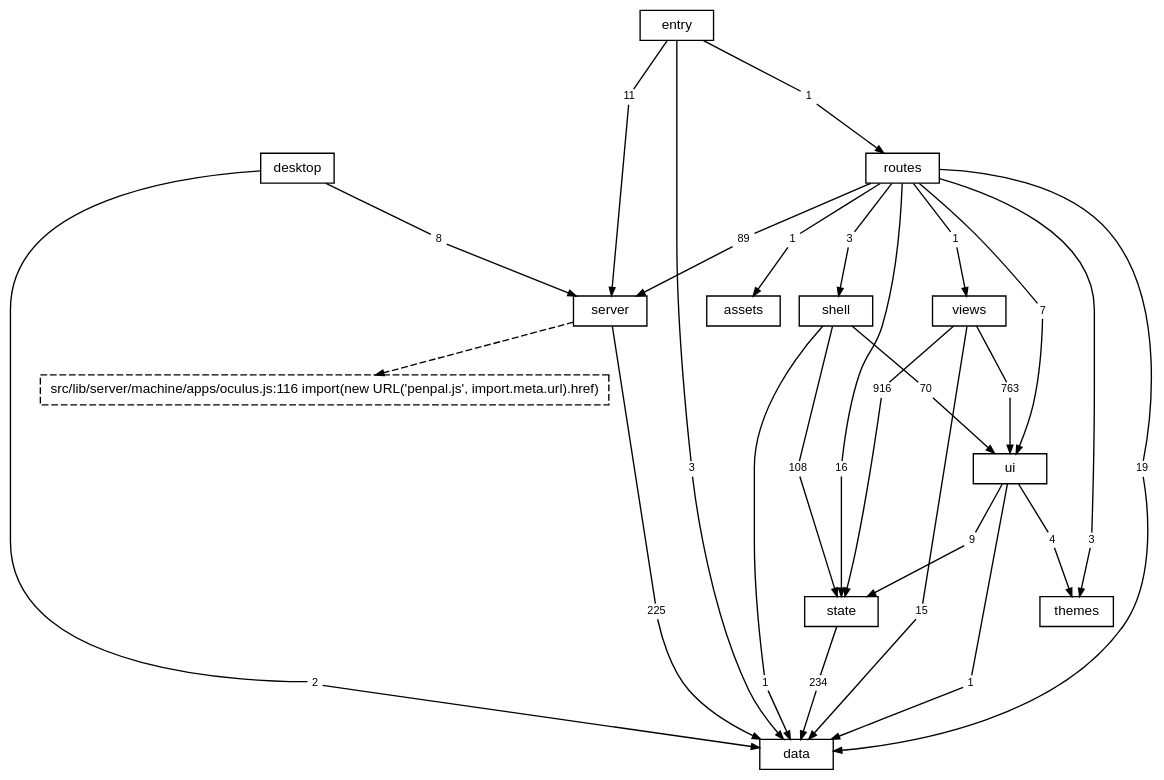
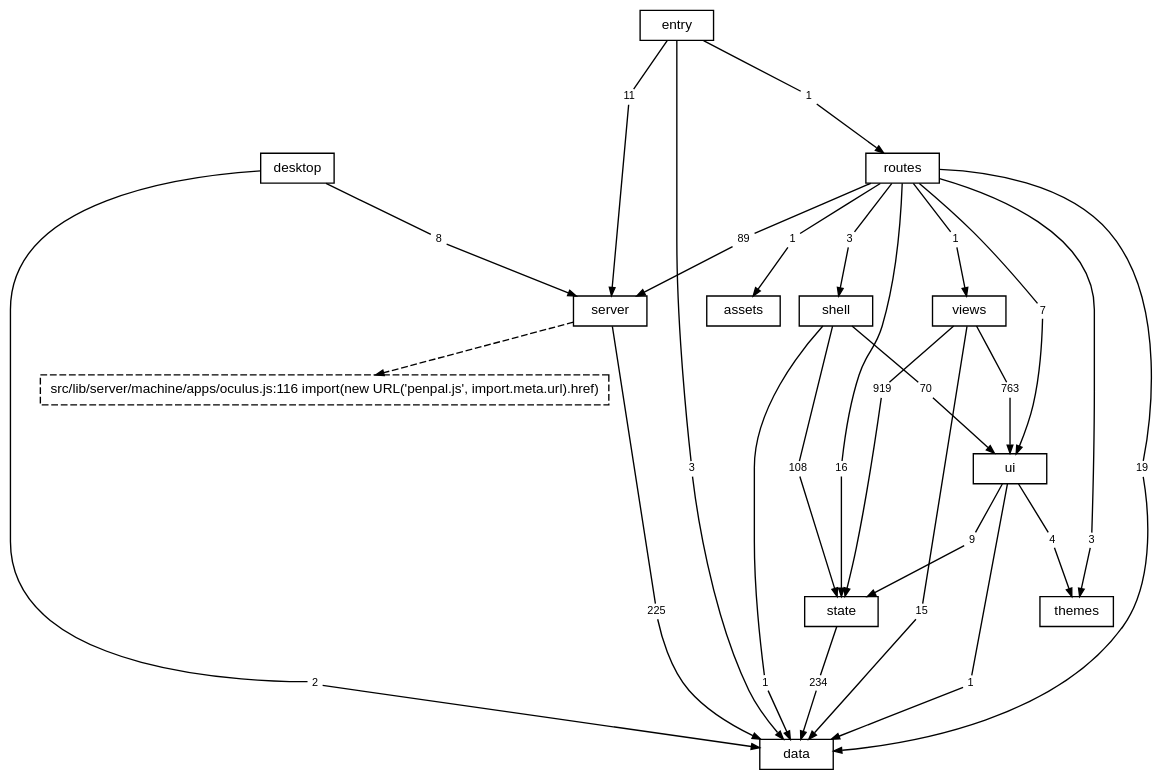
Before and after one commit to TheAxeC/oculus: the diagram in docs/diagrams/layers.dot, drawn with Graphviz. The commit also changed 68 other files, not shown here.

```diff
--- a/docs/diagrams/layers.dot
+++ b/docs/diagrams/layers.dot
@@ -1,90 +1,90 @@
 digraph layers {
     graph [bgcolor="transparent", rankdir=TB, newrank=true, fontname="Helvetica,Arial,sans-serif", fontsize=12, nodesep=0.2, ranksep=0.5];
     node [shape=box, color="black", fontcolor="black", fontname="Helvetica,Arial,sans-serif", fontsize=10, height=0.3, margin="0.12,0.04"];
     edge [color="black", fontcolor="black", fontname="Helvetica,Arial,sans-serif", fontsize=8, arrowsize=0.6];
     "data";
     "server";
     "state";
     "ui";
     "shell";
     "views";
     "themes";
     "routes";
     "desktop";
     "src" [label="entry"];
     "files: assets" [label="assets"];
     "? src/lib/server/machine/apps/oculus.js:116" [label="src/lib/server/machine/apps/oculus.js:116 import(new URL('penpal.js', import.meta.url).href)", style=dashed];
     "desktop to data" [label="2", shape=box, color="transparent", fontsize=8, width=0, height=0, margin="0.04,0.02"];
     "desktop" -> "desktop to data" [arrowhead=none];
     "desktop to data" -> "data" [];
     "desktop to server" [label="8", shape=box, color="transparent", fontsize=8, width=0, height=0, margin="0.04,0.02"];
     "desktop" -> "desktop to server" [arrowhead=none];
     "desktop to server" -> "server" [];
     "routes to data" [label="19", shape=box, color="transparent", fontsize=8, width=0, height=0, margin="0.04,0.02"];
     "routes" -> "routes to data" [arrowhead=none];
     "routes to data" -> "data" [];
     "routes to files: assets" [label="1", shape=box, color="transparent", fontsize=8, width=0, height=0, margin="0.04,0.02"];
     "routes" -> "routes to files: assets" [arrowhead=none];
     "routes to files: assets" -> "files: assets" [];
     "routes to server" [label="89", shape=box, color="transparent", fontsize=8, width=0, height=0, margin="0.04,0.02"];
     "routes" -> "routes to server" [arrowhead=none];
     "routes to server" -> "server" [];
     "routes to shell" [label="3", shape=box, color="transparent", fontsize=8, width=0, height=0, margin="0.04,0.02"];
     "routes" -> "routes to shell" [arrowhead=none];
     "routes to shell" -> "shell" [];
     "routes to state" [label="16", shape=box, color="transparent", fontsize=8, width=0, height=0, margin="0.04,0.02"];
     "routes" -> "routes to state" [arrowhead=none];
     "routes to state" -> "state" [];
     "routes to themes" [label="3", shape=box, color="transparent", fontsize=8, width=0, height=0, margin="0.04,0.02"];
     "routes" -> "routes to themes" [arrowhead=none];
     "routes to themes" -> "themes" [];
     "routes to ui" [label="7", shape=box, color="transparent", fontsize=8, width=0, height=0, margin="0.04,0.02"];
     "routes" -> "routes to ui" [arrowhead=none];
     "routes to ui" -> "ui" [];
     "routes to views" [label="1", shape=box, color="transparent", fontsize=8, width=0, height=0, margin="0.04,0.02"];
     "routes" -> "routes to views" [arrowhead=none];
     "routes to views" -> "views" [];
     "server to data" [label="225", shape=box, color="transparent", fontsize=8, width=0, height=0, margin="0.04,0.02"];
     "server" -> "server to data" [arrowhead=none];
     "server to data" -> "data" [];
     "shell to data" [label="1", shape=box, color="transparent", fontsize=8, width=0, height=0, margin="0.04,0.02"];
     "shell" -> "shell to data" [arrowhead=none];
     "shell to data" -> "data" [];
     "shell to state" [label="108", shape=box, color="transparent", fontsize=8, width=0, height=0, margin="0.04,0.02"];
     "shell" -> "shell to state" [arrowhead=none];
     "shell to state" -> "state" [];
     "shell to ui" [label="70", shape=box, color="transparent", fontsize=8, width=0, height=0, margin="0.04,0.02"];
     "shell" -> "shell to ui" [arrowhead=none];
     "shell to ui" -> "ui" [];
     "src to data" [label="3", shape=box, color="transparent", fontsize=8, width=0, height=0, margin="0.04,0.02"];
     "src" -> "src to data" [arrowhead=none];
     "src to data" -> "data" [];
     "src to routes" [label="1", shape=box, color="transparent", fontsize=8, width=0, height=0, margin="0.04,0.02"];
     "src" -> "src to routes" [arrowhead=none];
     "src to routes" -> "routes" [];
     "src to server" [label="11", shape=box, color="transparent", fontsize=8, width=0, height=0, margin="0.04,0.02"];
     "src" -> "src to server" [arrowhead=none];
     "src to server" -> "server" [];
     "state to data" [label="234", shape=box, color="transparent", fontsize=8, width=0, height=0, margin="0.04,0.02"];
     "state" -> "state to data" [arrowhead=none];
     "state to data" -> "data" [];
     "ui to data" [label="1", shape=box, color="transparent", fontsize=8, width=0, height=0, margin="0.04,0.02"];
     "ui" -> "ui to data" [arrowhead=none];
     "ui to data" -> "data" [];
     "ui to state" [label="9", shape=box, color="transparent", fontsize=8, width=0, height=0, margin="0.04,0.02"];
     "ui" -> "ui to state" [arrowhead=none];
     "ui to state" -> "state" [];
     "ui to themes" [label="4", shape=box, color="transparent", fontsize=8, width=0, height=0, margin="0.04,0.02"];
     "ui" -> "ui to themes" [arrowhead=none];
     "ui to themes" -> "themes" [];
     "views to data" [label="15", shape=box, color="transparent", fontsize=8, width=0, height=0, margin="0.04,0.02"];
     "views" -> "views to data" [arrowhead=none];
     "views to data" -> "data" [];
-    "views to state" [label="916", shape=box, color="transparent", fontsize=8, width=0, height=0, margin="0.04,0.02"];
+    "views to state" [label="919", shape=box, color="transparent", fontsize=8, width=0, height=0, margin="0.04,0.02"];
     "views" -> "views to state" [arrowhead=none];
     "views to state" -> "state" [];
     "views to ui" [label="763", shape=box, color="transparent", fontsize=8, width=0, height=0, margin="0.04,0.02"];
     "views" -> "views to ui" [arrowhead=none];
     "views to ui" -> "ui" [];
     "server" -> "? src/lib/server/machine/apps/oculus.js:116" [style=dashed];
 }
```
